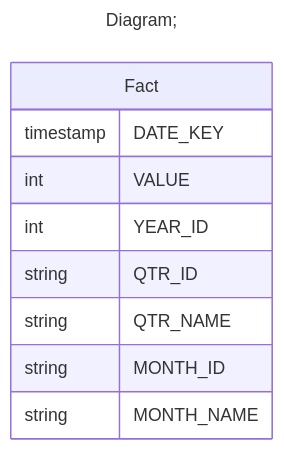
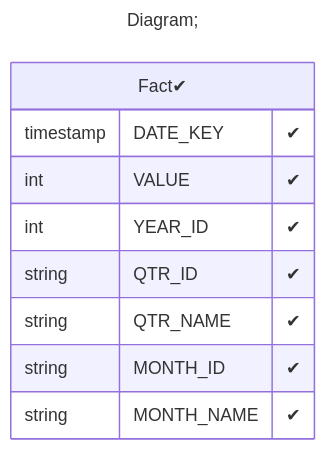
The third of 3 diagrams in demo/server/catalogs/min_Dimension_TimeDimension/README.MD (xmla-services/workground), drawn with Mermaid before and after one commit. The commit also changed 44 other files, not shown here.

Commit message:
tutorials. add flags (positive, negative) in database diagram Signed-off-by: dbulahov <bulahovdenis@gmail.com>

````diff
--- a/demo/server/catalogs/min_Dimension_TimeDimension/README.MD
+++ b/demo/server/catalogs/min_Dimension_TimeDimension/README.MD
@@ -98,16 +98,16 @@
 ```mermaid
 ---
 title: Diagram;
 ---
 erDiagram
-Fact{
-timestamp DATE_KEY
-int VALUE
-int YEAR_ID
-string QTR_ID
-string QTR_NAME
-string MONTH_ID
-string MONTH_NAME
+"Fact✔"{
+timestamp DATE_KEY "✔"
+int VALUE "✔"
+int YEAR_ID "✔"
+string QTR_ID "✔"
+string QTR_NAME "✔"
+string MONTH_ID "✔"
+string MONTH_NAME "✔"
 }
 
 ```
````
